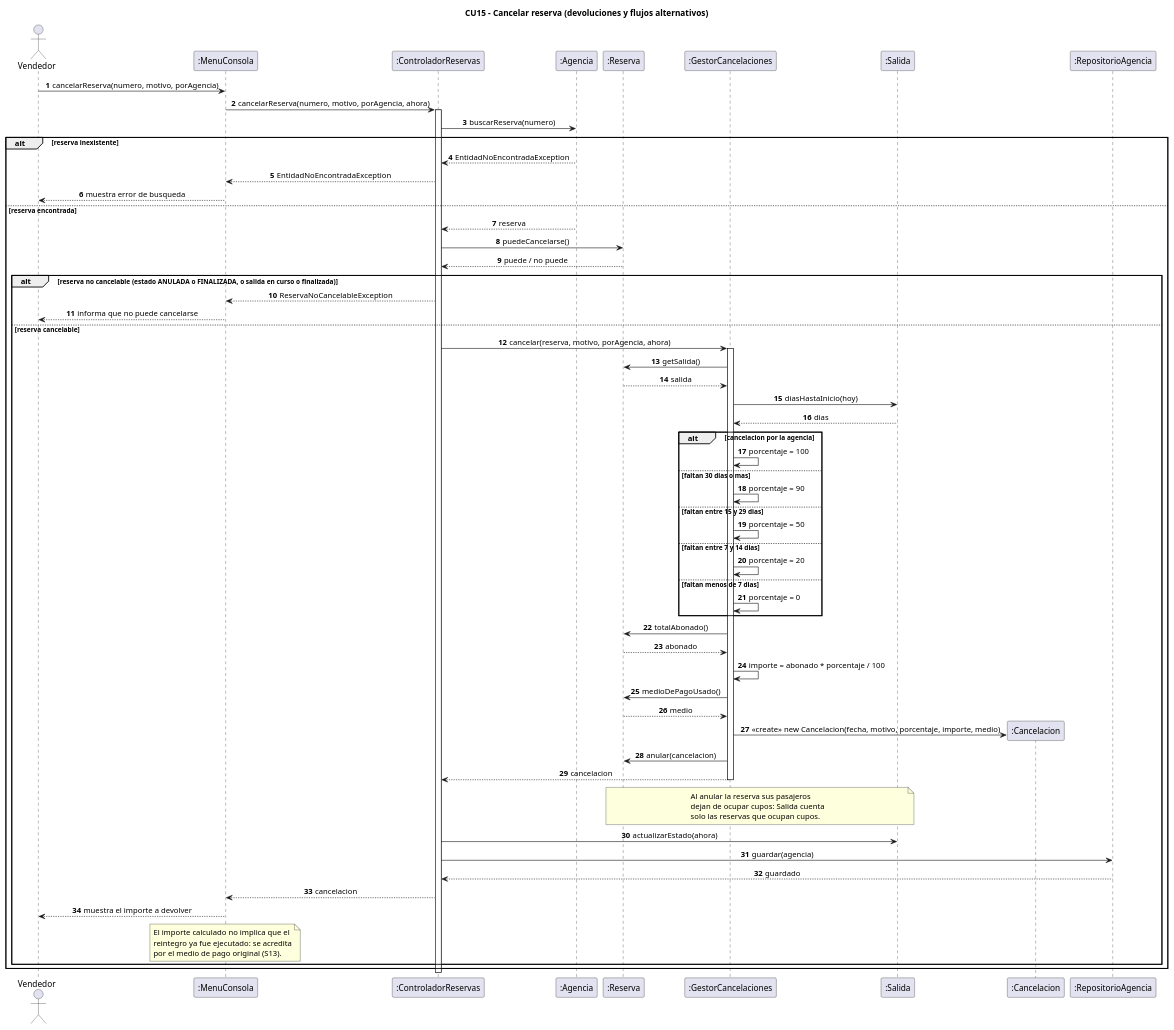
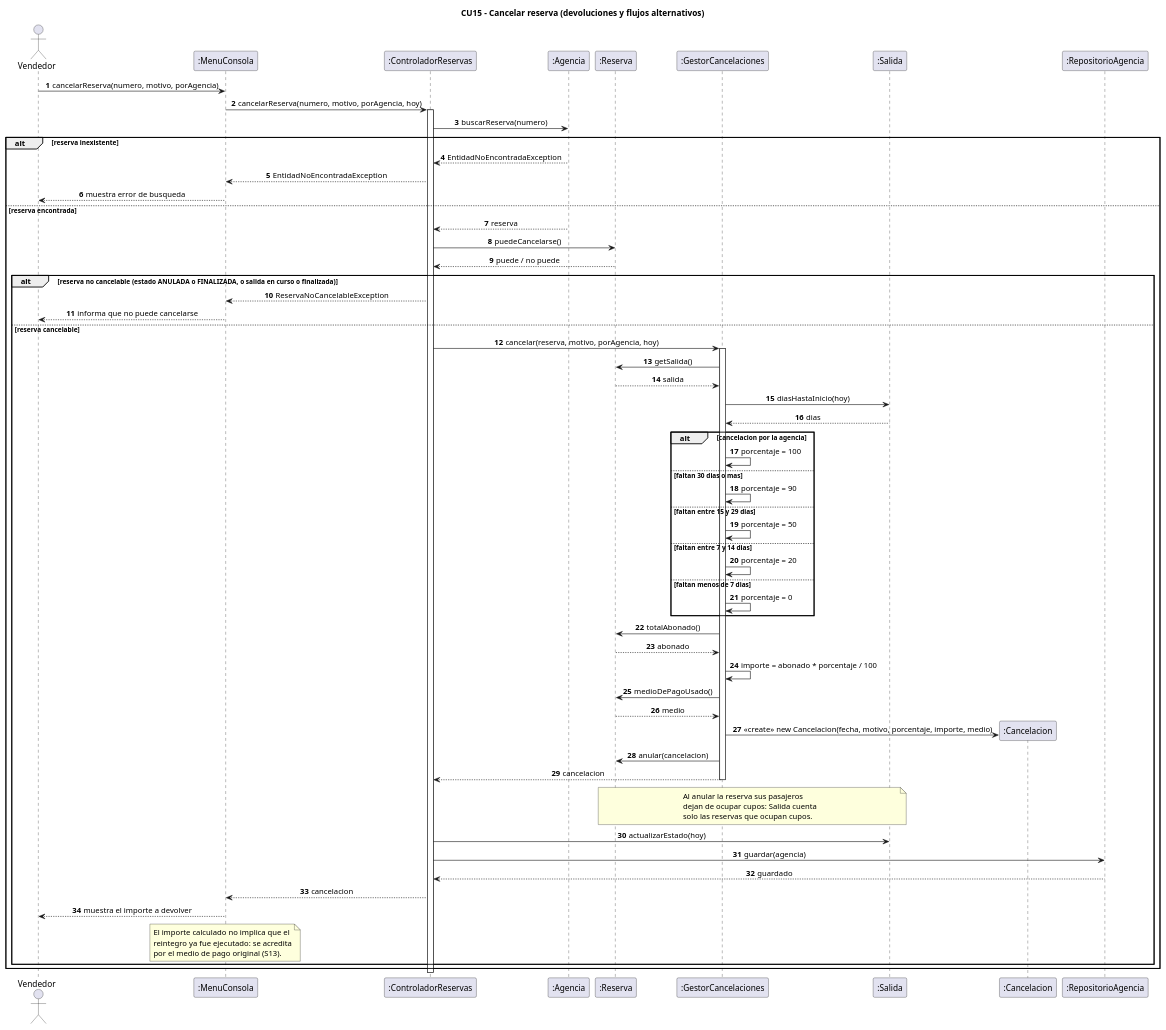
Before and after one commit to CarlosDanielOK/Avion: the diagram in docs/uml/03-secuencia-cancelar-reserva.puml, drawn with PlantUML. The commit also changed 11 other files, not shown here.

Commit message:
correciones finales del diagrama de clases final en png, svg, pdf y puml

```diff
--- a/docs/uml/03-secuencia-cancelar-reserva.puml
+++ b/docs/uml/03-secuencia-cancelar-reserva.puml
@@ -1,97 +1,97 @@
 @startuml 03-secuencia-cancelar-reserva
 title CU15 - Cancelar reserva (devoluciones y flujos alternativos)
 
 skinparam shadowing false
 skinparam backgroundColor White
 skinparam sequenceMessageAlign center
 autonumber
 
 actor Vendedor
 participant ":MenuConsola" as UI
 participant ":ControladorReservas" as CTRL
 participant ":Agencia" as AGE
 participant ":Reserva" as RES
 participant ":GestorCancelaciones" as GC
 participant ":Salida" as SAL
 participant ":Cancelacion" as CAN
 participant ":RepositorioAgencia" as REPO
 
 Vendedor -> UI : cancelarReserva(numero, motivo, porAgencia)
-UI -> CTRL : cancelarReserva(numero, motivo, porAgencia, ahora)
+UI -> CTRL : cancelarReserva(numero, motivo, porAgencia, hoy)
 activate CTRL
 
 CTRL -> AGE : buscarReserva(numero)
 
 alt reserva inexistente
   AGE --> CTRL : EntidadNoEncontradaException
   CTRL --> UI : EntidadNoEncontradaException
   UI --> Vendedor : muestra error de busqueda
 
 else reserva encontrada
   AGE --> CTRL : reserva
   CTRL -> RES : puedeCancelarse()
   RES --> CTRL : puede / no puede
 
   alt reserva no cancelable (estado ANULADA o FINALIZADA, o salida en curso o finalizada)
     CTRL --> UI : ReservaNoCancelableException
     UI --> Vendedor : informa que no puede cancelarse
 
   else reserva cancelable
-    CTRL -> GC : cancelar(reserva, motivo, porAgencia, ahora)
+    CTRL -> GC : cancelar(reserva, motivo, porAgencia, hoy)
     activate GC
 
     GC -> RES : getSalida()
     RES --> GC : salida
     GC -> SAL : diasHastaInicio(hoy)
     SAL --> GC : dias
 
     alt cancelacion por la agencia
       GC -> GC : porcentaje = 100
     else faltan 30 dias o mas
       GC -> GC : porcentaje = 90
     else faltan entre 15 y 29 dias
       GC -> GC : porcentaje = 50
     else faltan entre 7 y 14 dias
       GC -> GC : porcentaje = 20
     else faltan menos de 7 dias
       GC -> GC : porcentaje = 0
     end
 
     GC -> RES : totalAbonado()
     RES --> GC : abonado
 
     GC -> GC : importe = abonado * porcentaje / 100
 
     GC -> RES : medioDePagoUsado()
     RES --> GC : medio
 
     create CAN
     GC -> CAN : <<create>> new Cancelacion(fecha, motivo, porcentaje, importe, medio)
 
     GC -> RES : anular(cancelacion)
     GC --> CTRL : cancelacion
     deactivate GC
 
     note over RES,SAL
       Al anular la reserva sus pasajeros
       dejan de ocupar cupos: Salida cuenta
       solo las reservas que ocupan cupos.
     end note
 
-    CTRL -> SAL : actualizarEstado(ahora)
+    CTRL -> SAL : actualizarEstado(hoy)
     CTRL -> REPO : guardar(agencia)
     REPO --> CTRL : guardado
 
     CTRL --> UI : cancelacion
     UI --> Vendedor : muestra el importe a devolver
 
     note over UI
       El importe calculado no implica que el
       reintegro ya fue ejecutado: se acredita
       por el medio de pago original (S13).
     end note
   end
 end
 
 deactivate CTRL
 @enduml
```
